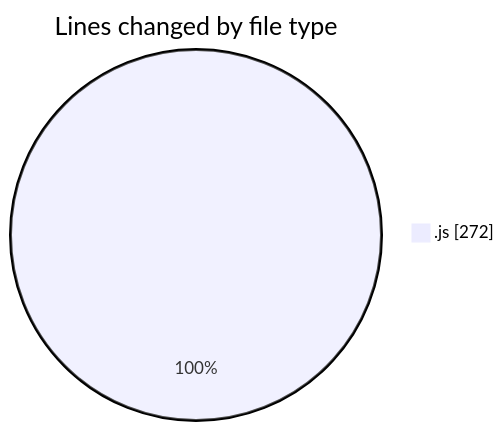
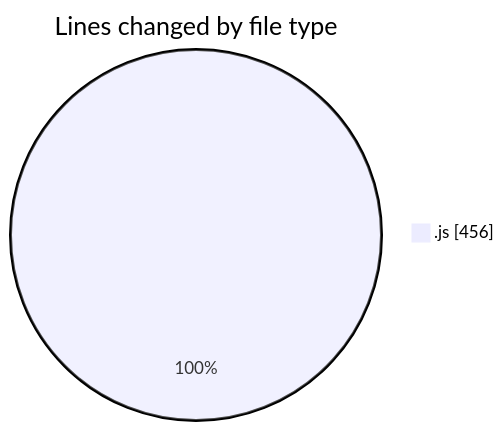
One commit to Ritupan-Deka/code-tracking changed the first of 2 diagrams in 2025-07-28/javascript/README.md. Above: the diagram before and after it, drawn with Mermaid. The commit also changed other lines of this file and 1 other file, not shown here.

````diff
--- a/2025-07-28/javascript/README.md
+++ b/2025-07-28/javascript/README.md
@@ -20,5 +20,5 @@
 ```mermaid
 pie showData
 title Lines changed by file type
-".js" : 272
+".js" : 456
 ```
````
